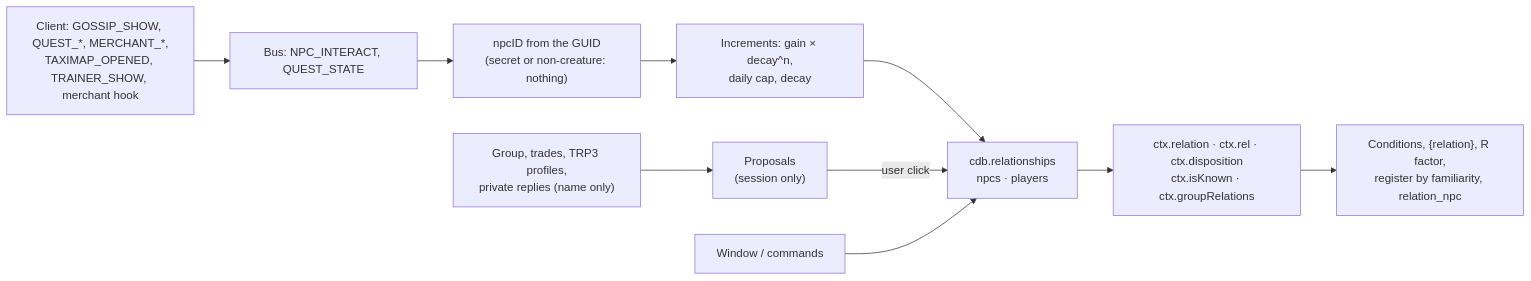
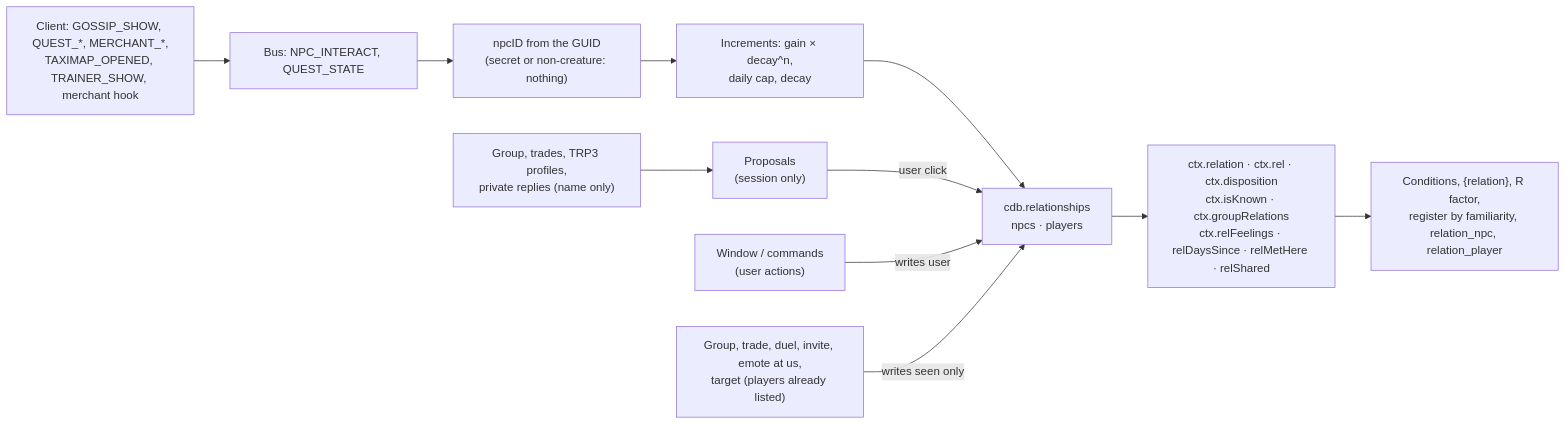
One commit to Finland6738/azeroth-unspoken changed the eighth of 15 diagrams in docs/ARCHITECTURE.md. Above: the diagram before and after it, drawn with Mermaid. The commit also changed other lines of this file and 35 other files, not shown here.

First line of the commit message:
Player relationships, first part: user choices apart from observations, encounters, feelings, relation_player, relationship conditions (#107 #108 #109 #106 #110) (#142)

````diff
--- a/docs/ARCHITECTURE.md
+++ b/docs/ARCHITECTURE.md
@@ -370,12 +370,13 @@
 ```mermaid
 flowchart LR
     W["Client: GOSSIP_SHOW, QUEST_*, MERCHANT_*,<br/>TAXIMAP_OPENED, TRAINER_SHOW, merchant hook"] --> B["Bus: NPC_INTERACT, QUEST_STATE"]
     B --> N["npcID from the GUID<br/>(secret or non-creature: nothing)"]
     N --> I["Increments: gain × decay^n,<br/>daily cap, decay"]
     I --> D["cdb.relationships<br/>npcs · players"]
     G["Group, trades, TRP3 profiles,<br/>private replies (name only)"] --> C["Proposals<br/>(session only)"]
     C -- "user click" --> D
-    U["Window / commands"] --> D
-    D --> X["ctx.relation · ctx.rel · ctx.disposition<br/>ctx.isKnown · ctx.groupRelations"]
-    X --> R["Conditions, {relation}, R factor,<br/>register by familiarity, relation_npc"]
+    U["Window / commands<br/>(user actions)"] -- "writes user" --> D
+    E["Group, trade, duel, invite, emote at us,<br/>target (players already listed)"] -- "writes seen only" --> D
+    D --> X["ctx.relation · ctx.rel · ctx.disposition<br/>ctx.isKnown · ctx.groupRelations<br/>ctx.relFeelings · relDaysSince · relMetHere · relShared"]
+    X --> R["Conditions, {relation}, R factor,<br/>register by familiarity, relation_npc, relation_player"]
 ```
````
